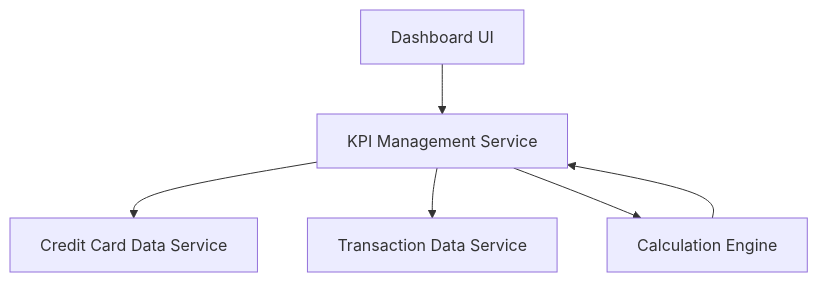
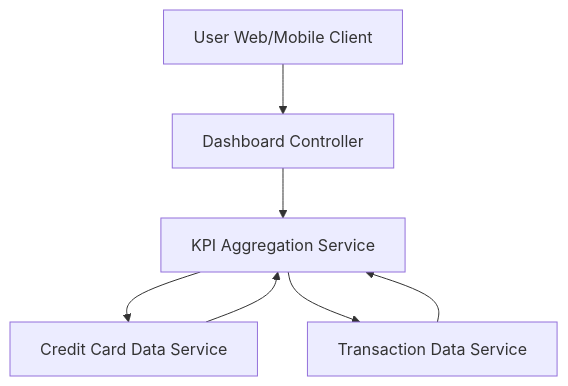
Before and after one commit to AAVA-Demo/APB_Demo: the diagram in HLD/QE-8602_HLD.md, drawn with Mermaid. The commit also changed other lines of this file and 5 other files, not shown here.

````diff
--- a/HLD/QE-8602_HLD.md
+++ b/HLD/QE-8602_HLD.md
@@ -7,13 +7,14 @@
 ```mermaid
 flowchart TD
-    A["Dashboard UI"]
-    B["KPI Management Service"]
-    C["Credit Card Data Service"]
-    D["Transaction Data Service"]
-    E["Calculation Engine"]
+    A["User Web/Mobile Client"]
+    B["Dashboard Controller"]
+    C["KPI Aggregation Service"]
+    D["Credit Card Data Service"]
+    E["Transaction Data Service"]
     A --> B
     B --> C
-    B --> D
-    B --> E
-    E --> B
+    C --> D
+    C --> E
+    D --> C
+    E --> C
 ```
````
